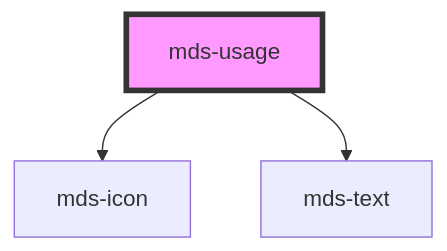
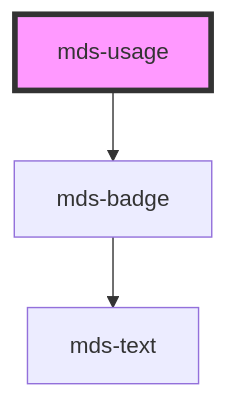
The diagram in projects/stencil/src/components/mds-usage/readme.md (magma-design-system/magma), drawn with Mermaid before and after one commit. The commit also changed other lines of this file and 9 other files, not shown here.

Commit message:
style(mds-usage): rethink the visual design of the component

````diff
--- a/projects/stencil/src/components/mds-usage/readme.md
+++ b/projects/stencil/src/components/mds-usage/readme.md
@@ -41,6 +54,6 @@
 ```mermaid
 graph TD;
-  mds-usage --> mds-icon
-  mds-usage --> mds-text
+  mds-usage --> mds-badge
+  mds-badge --> mds-text
   style mds-usage fill:#f9f,stroke:#333,stroke-width:4px
 ```
````
